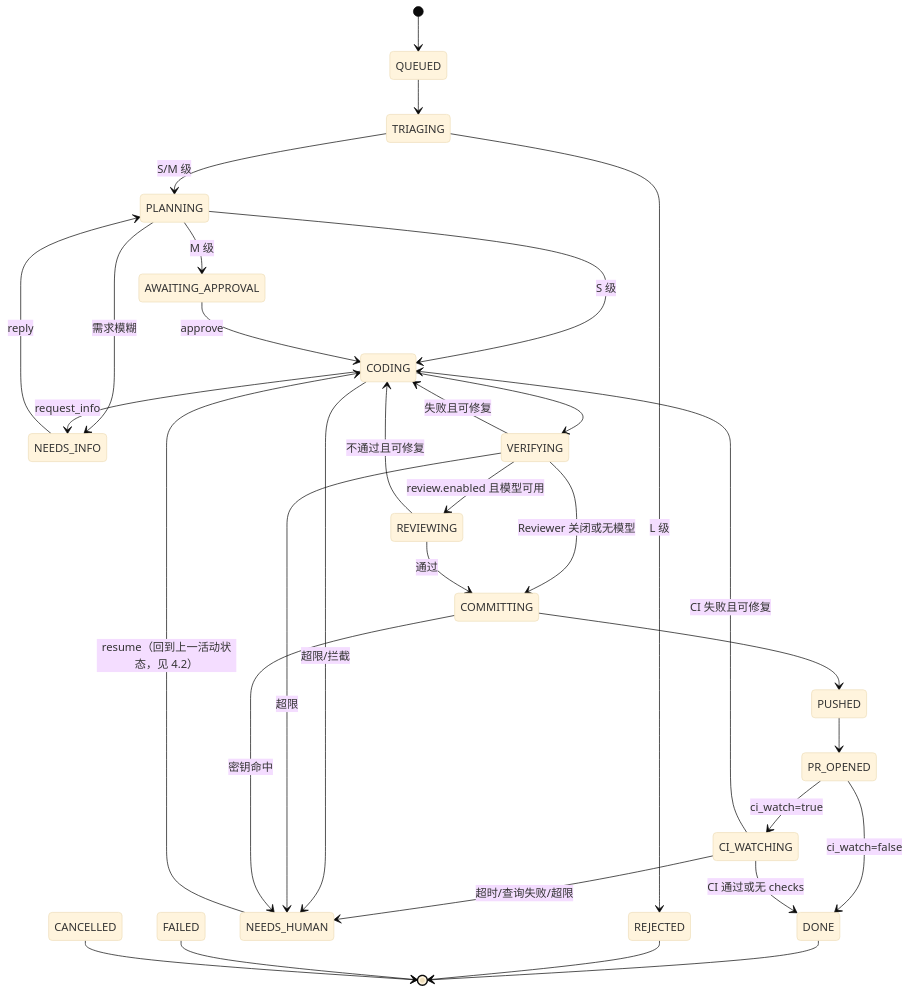
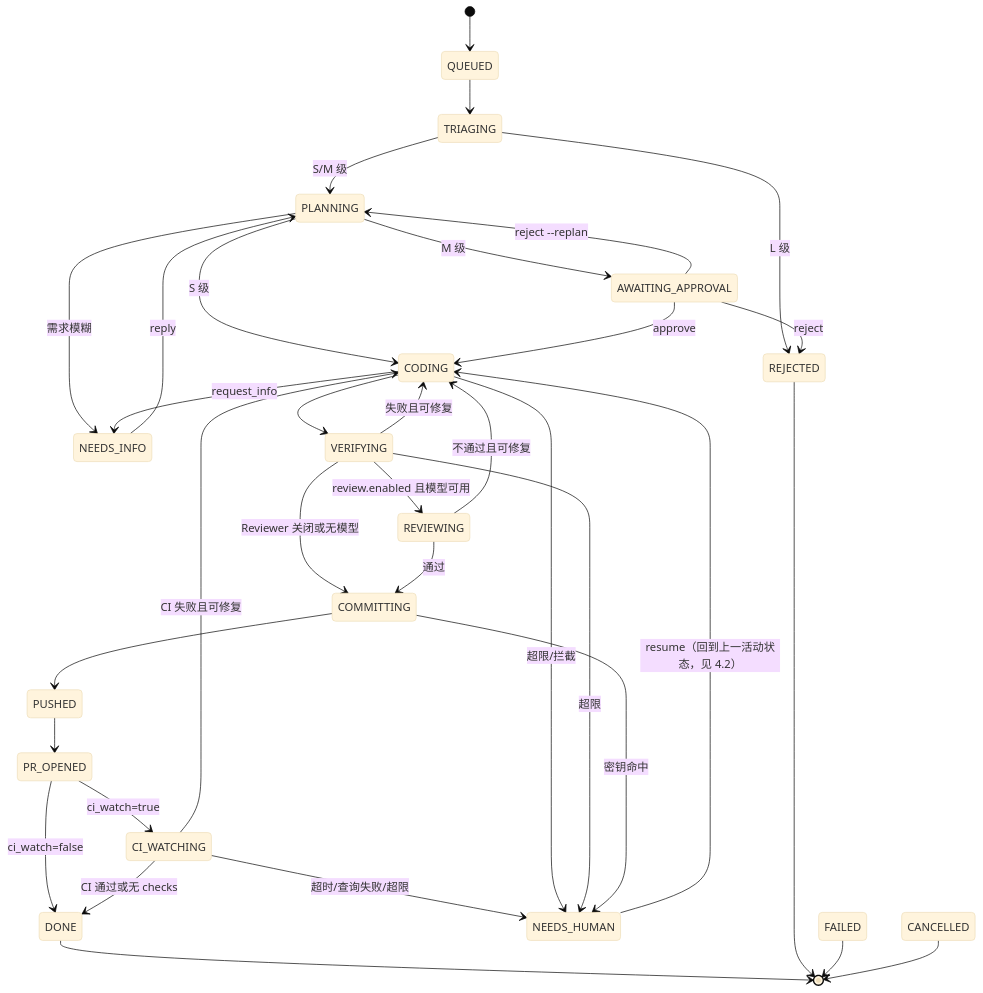
One commit to vinthuy/agentic-devops changed the diagram in docs/SDD.md. Above: the diagram before and after it, drawn with Mermaid (base theme). The commit also changed other lines of this file and 8 other files, not shown here.

````diff
--- a/docs/SDD.md
+++ b/docs/SDD.md
@@ -1008,34 +1012,36 @@
 ```mermaid
 stateDiagram-v2
     [*] --> QUEUED
     QUEUED --> TRIAGING
     TRIAGING --> REJECTED: L 级
     TRIAGING --> PLANNING: S/M 级
     PLANNING --> NEEDS_INFO: 需求模糊
     NEEDS_INFO --> PLANNING: reply
     PLANNING --> AWAITING_APPROVAL: M 级
     PLANNING --> CODING: S 级
     AWAITING_APPROVAL --> CODING: approve
+    AWAITING_APPROVAL --> REJECTED: reject
+    AWAITING_APPROVAL --> PLANNING: reject --replan
     CODING --> VERIFYING
     VERIFYING --> CODING: 失败且可修复
     VERIFYING --> REVIEWING: review.enabled 且模型可用
     VERIFYING --> COMMITTING: Reviewer 关闭或无模型
     CODING --> NEEDS_INFO: request_info
     REVIEWING --> CODING: 不通过且可修复
     REVIEWING --> COMMITTING: 通过
     COMMITTING --> PUSHED
     PUSHED --> PR_OPENED
     PR_OPENED --> DONE: ci_watch=false
     PR_OPENED --> CI_WATCHING: ci_watch=true
     CI_WATCHING --> CODING: CI 失败且可修复
     CI_WATCHING --> DONE: CI 通过或无 checks
     CI_WATCHING --> NEEDS_HUMAN: 超时/查询失败/超限
     CODING --> NEEDS_HUMAN: 超限/拦截
     VERIFYING --> NEEDS_HUMAN: 超限
     COMMITTING --> NEEDS_HUMAN: 密钥命中
     NEEDS_HUMAN --> CODING: resume（回到上一活动状态，见 4.2）
     DONE --> [*]
     REJECTED --> [*]
     FAILED --> [*]
     CANCELLED --> [*]
 ```
````
